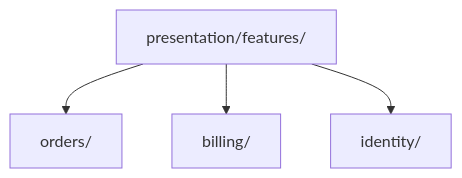
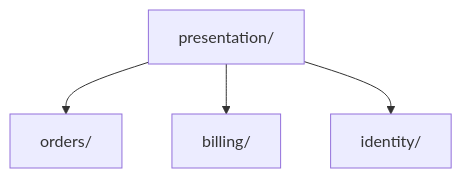
One commit to AndresTaoFlorez/software-architecture changed the fourth of 5 diagrams in foundations/evolution-and-scaling.md. Above: the diagram before and after it, drawn with Mermaid. The commit also changed 43 other files, not shown here.

````diff
--- a/foundations/evolution-and-scaling.md
+++ b/foundations/evolution-and-scaling.md
@@ -92,6 +92,6 @@
 ```mermaid
 flowchart TD
-    P["presentation/features/"] --> O["orders/"]
+    P["presentation/"] --> O["orders/"]
     P --> B["billing/"]
     P --> I["identity/"]
 ```
````
